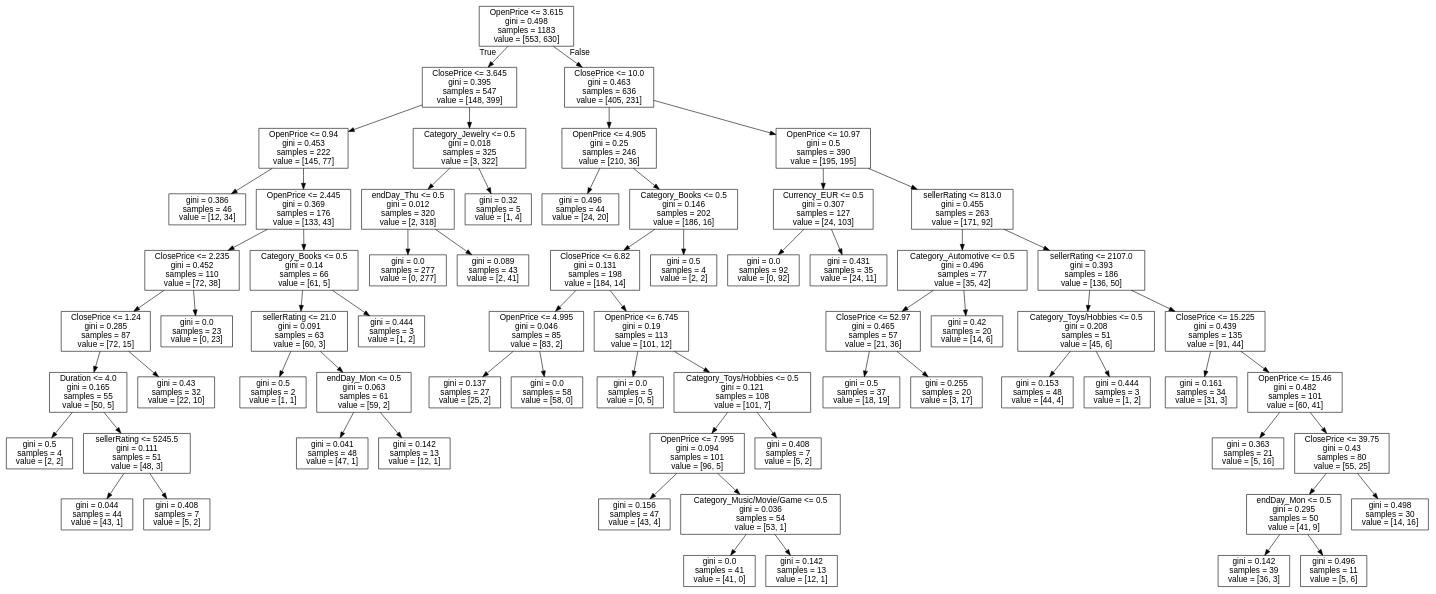
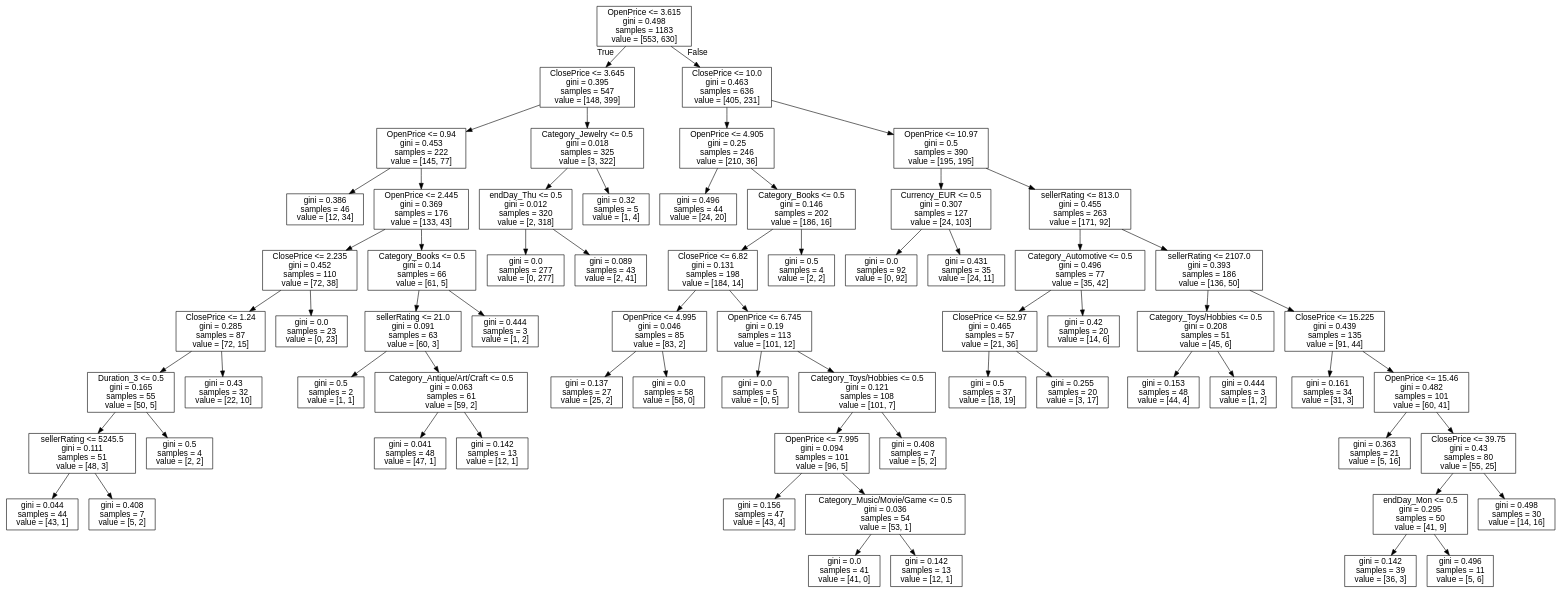
Before and after one commit to shikhararora1997/Decision-Tree-Classifier: the diagram in dot_files/treewith50nodes.dot, drawn with Graphviz. The commit also changed 3 other files, not shown here.

```diff
--- a/dot_files/treewith50nodes.dot
+++ b/dot_files/treewith50nodes.dot
@@ -1,137 +1,137 @@
 digraph Tree {
 node [shape=box, fontname="helvetica"] ;
 edge [fontname="helvetica"] ;
 0 [label="OpenPrice <= 3.615\ngini = 0.498\nsamples = 1183\nvalue = [553, 630]"] ;
 1 [label="ClosePrice <= 3.645\ngini = 0.395\nsamples = 547\nvalue = [148, 399]"] ;
 0 -> 1 [labeldistance=2.5, labelangle=45, headlabel="True"] ;
 2 [label="OpenPrice <= 0.94\ngini = 0.453\nsamples = 222\nvalue = [145, 77]"] ;
 1 -> 2 ;
 3 [label="gini = 0.386\nsamples = 46\nvalue = [12, 34]"] ;
 2 -> 3 ;
 4 [label="OpenPrice <= 2.445\ngini = 0.369\nsamples = 176\nvalue = [133, 43]"] ;
 2 -> 4 ;
 5 [label="ClosePrice <= 2.235\ngini = 0.452\nsamples = 110\nvalue = [72, 38]"] ;
 4 -> 5 ;
 6 [label="ClosePrice <= 1.24\ngini = 0.285\nsamples = 87\nvalue = [72, 15]"] ;
 5 -> 6 ;
-7 [label="Duration <= 4.0\ngini = 0.165\nsamples = 55\nvalue = [50, 5]"] ;
+7 [label="Duration_3 <= 0.5\ngini = 0.165\nsamples = 55\nvalue = [50, 5]"] ;
 6 -> 7 ;
-8 [label="gini = 0.5\nsamples = 4\nvalue = [2, 2]"] ;
+8 [label="sellerRating <= 5245.5\ngini = 0.111\nsamples = 51\nvalue = [48, 3]"] ;
 7 -> 8 ;
-9 [label="sellerRating <= 5245.5\ngini = 0.111\nsamples = 51\nvalue = [48, 3]"] ;
-7 -> 9 ;
-10 [label="gini = 0.044\nsamples = 44\nvalue = [43, 1]"] ;
-9 -> 10 ;
-11 [label="gini = 0.408\nsamples = 7\nvalue = [5, 2]"] ;
-9 -> 11 ;
+9 [label="gini = 0.044\nsamples = 44\nvalue = [43, 1]"] ;
+8 -> 9 ;
+10 [label="gini = 0.408\nsamples = 7\nvalue = [5, 2]"] ;
+8 -> 10 ;
+11 [label="gini = 0.5\nsamples = 4\nvalue = [2, 2]"] ;
+7 -> 11 ;
 12 [label="gini = 0.43\nsamples = 32\nvalue = [22, 10]"] ;
 6 -> 12 ;
 13 [label="gini = 0.0\nsamples = 23\nvalue = [0, 23]"] ;
 5 -> 13 ;
 14 [label="Category_Books <= 0.5\ngini = 0.14\nsamples = 66\nvalue = [61, 5]"] ;
 4 -> 14 ;
 15 [label="sellerRating <= 21.0\ngini = 0.091\nsamples = 63\nvalue = [60, 3]"] ;
 14 -> 15 ;
 16 [label="gini = 0.5\nsamples = 2\nvalue = [1, 1]"] ;
 15 -> 16 ;
-17 [label="endDay_Mon <= 0.5\ngini = 0.063\nsamples = 61\nvalue = [59, 2]"] ;
+17 [label="Category_Antique/Art/Craft <= 0.5\ngini = 0.063\nsamples = 61\nvalue = [59, 2]"] ;
 15 -> 17 ;
 18 [label="gini = 0.041\nsamples = 48\nvalue = [47, 1]"] ;
 17 -> 18 ;
 19 [label="gini = 0.142\nsamples = 13\nvalue = [12, 1]"] ;
 17 -> 19 ;
 20 [label="gini = 0.444\nsamples = 3\nvalue = [1, 2]"] ;
 14 -> 20 ;
 21 [label="Category_Jewelry <= 0.5\ngini = 0.018\nsamples = 325\nvalue = [3, 322]"] ;
 1 -> 21 ;
 22 [label="endDay_Thu <= 0.5\ngini = 0.012\nsamples = 320\nvalue = [2, 318]"] ;
 21 -> 22 ;
 23 [label="gini = 0.0\nsamples = 277\nvalue = [0, 277]"] ;
 22 -> 23 ;
 24 [label="gini = 0.089\nsamples = 43\nvalue = [2, 41]"] ;
 22 -> 24 ;
 25 [label="gini = 0.32\nsamples = 5\nvalue = [1, 4]"] ;
 21 -> 25 ;
 26 [label="ClosePrice <= 10.0\ngini = 0.463\nsamples = 636\nvalue = [405, 231]"] ;
 0 -> 26 [labeldistance=2.5, labelangle=-45, headlabel="False"] ;
 27 [label="OpenPrice <= 4.905\ngini = 0.25\nsamples = 246\nvalue = [210, 36]"] ;
 26 -> 27 ;
 28 [label="gini = 0.496\nsamples = 44\nvalue = [24, 20]"] ;
 27 -> 28 ;
 29 [label="Category_Books <= 0.5\ngini = 0.146\nsamples = 202\nvalue = [186, 16]"] ;
 27 -> 29 ;
 30 [label="ClosePrice <= 6.82\ngini = 0.131\nsamples = 198\nvalue = [184, 14]"] ;
 29 -> 30 ;
 31 [label="OpenPrice <= 4.995\ngini = 0.046\nsamples = 85\nvalue = [83, 2]"] ;
 30 -> 31 ;
 32 [label="gini = 0.137\nsamples = 27\nvalue = [25, 2]"] ;
 31 -> 32 ;
 33 [label="gini = 0.0\nsamples = 58\nvalue = [58, 0]"] ;
 31 -> 33 ;
 34 [label="OpenPrice <= 6.745\ngini = 0.19\nsamples = 113\nvalue = [101, 12]"] ;
 30 -> 34 ;
 35 [label="gini = 0.0\nsamples = 5\nvalue = [0, 5]"] ;
 34 -> 35 ;
 36 [label="Category_Toys/Hobbies <= 0.5\ngini = 0.121\nsamples = 108\nvalue = [101, 7]"] ;
 34 -> 36 ;
 37 [label="OpenPrice <= 7.995\ngini = 0.094\nsamples = 101\nvalue = [96, 5]"] ;
 36 -> 37 ;
 38 [label="gini = 0.156\nsamples = 47\nvalue = [43, 4]"] ;
 37 -> 38 ;
 39 [label="Category_Music/Movie/Game <= 0.5\ngini = 0.036\nsamples = 54\nvalue = [53, 1]"] ;
 37 -> 39 ;
 40 [label="gini = 0.0\nsamples = 41\nvalue = [41, 0]"] ;
 39 -> 40 ;
 41 [label="gini = 0.142\nsamples = 13\nvalue = [12, 1]"] ;
 39 -> 41 ;
 42 [label="gini = 0.408\nsamples = 7\nvalue = [5, 2]"] ;
 36 -> 42 ;
 43 [label="gini = 0.5\nsamples = 4\nvalue = [2, 2]"] ;
 29 -> 43 ;
 44 [label="OpenPrice <= 10.97\ngini = 0.5\nsamples = 390\nvalue = [195, 195]"] ;
 26 -> 44 ;
 45 [label="Currency_EUR <= 0.5\ngini = 0.307\nsamples = 127\nvalue = [24, 103]"] ;
 44 -> 45 ;
 46 [label="gini = 0.0\nsamples = 92\nvalue = [0, 92]"] ;
 45 -> 46 ;
 47 [label="gini = 0.431\nsamples = 35\nvalue = [24, 11]"] ;
 45 -> 47 ;
 48 [label="sellerRating <= 813.0\ngini = 0.455\nsamples = 263\nvalue = [171, 92]"] ;
 44 -> 48 ;
 49 [label="Category_Automotive <= 0.5\ngini = 0.496\nsamples = 77\nvalue = [35, 42]"] ;
 48 -> 49 ;
 50 [label="ClosePrice <= 52.97\ngini = 0.465\nsamples = 57\nvalue = [21, 36]"] ;
 49 -> 50 ;
 51 [label="gini = 0.5\nsamples = 37\nvalue = [18, 19]"] ;
 50 -> 51 ;
 52 [label="gini = 0.255\nsamples = 20\nvalue = [3, 17]"] ;
 50 -> 52 ;
 53 [label="gini = 0.42\nsamples = 20\nvalue = [14, 6]"] ;
 49 -> 53 ;
 54 [label="sellerRating <= 2107.0\ngini = 0.393\nsamples = 186\nvalue = [136, 50]"] ;
 48 -> 54 ;
 55 [label="Category_Toys/Hobbies <= 0.5\ngini = 0.208\nsamples = 51\nvalue = [45, 6]"] ;
 54 -> 55 ;
 56 [label="gini = 0.153\nsamples = 48\nvalue = [44, 4]"] ;
 55 -> 56 ;
 57 [label="gini = 0.444\nsamples = 3\nvalue = [1, 2]"] ;
 55 -> 57 ;
 58 [label="ClosePrice <= 15.225\ngini = 0.439\nsamples = 135\nvalue = [91, 44]"] ;
 54 -> 58 ;
 59 [label="gini = 0.161\nsamples = 34\nvalue = [31, 3]"] ;
 58 -> 59 ;
 60 [label="OpenPrice <= 15.46\ngini = 0.482\nsamples = 101\nvalue = [60, 41]"] ;
 58 -> 60 ;
 61 [label="gini = 0.363\nsamples = 21\nvalue = [5, 16]"] ;
 60 -> 61 ;
 62 [label="ClosePrice <= 39.75\ngini = 0.43\nsamples = 80\nvalue = [55, 25]"] ;
 60 -> 62 ;
 63 [label="endDay_Mon <= 0.5\ngini = 0.295\nsamples = 50\nvalue = [41, 9]"] ;
 62 -> 63 ;
 64 [label="gini = 0.142\nsamples = 39\nvalue = [36, 3]"] ;
 63 -> 64 ;
 65 [label="gini = 0.496\nsamples = 11\nvalue = [5, 6]"] ;
 63 -> 65 ;
 66 [label="gini = 0.498\nsamples = 30\nvalue = [14, 16]"] ;
 62 -> 66 ;
 }
```
